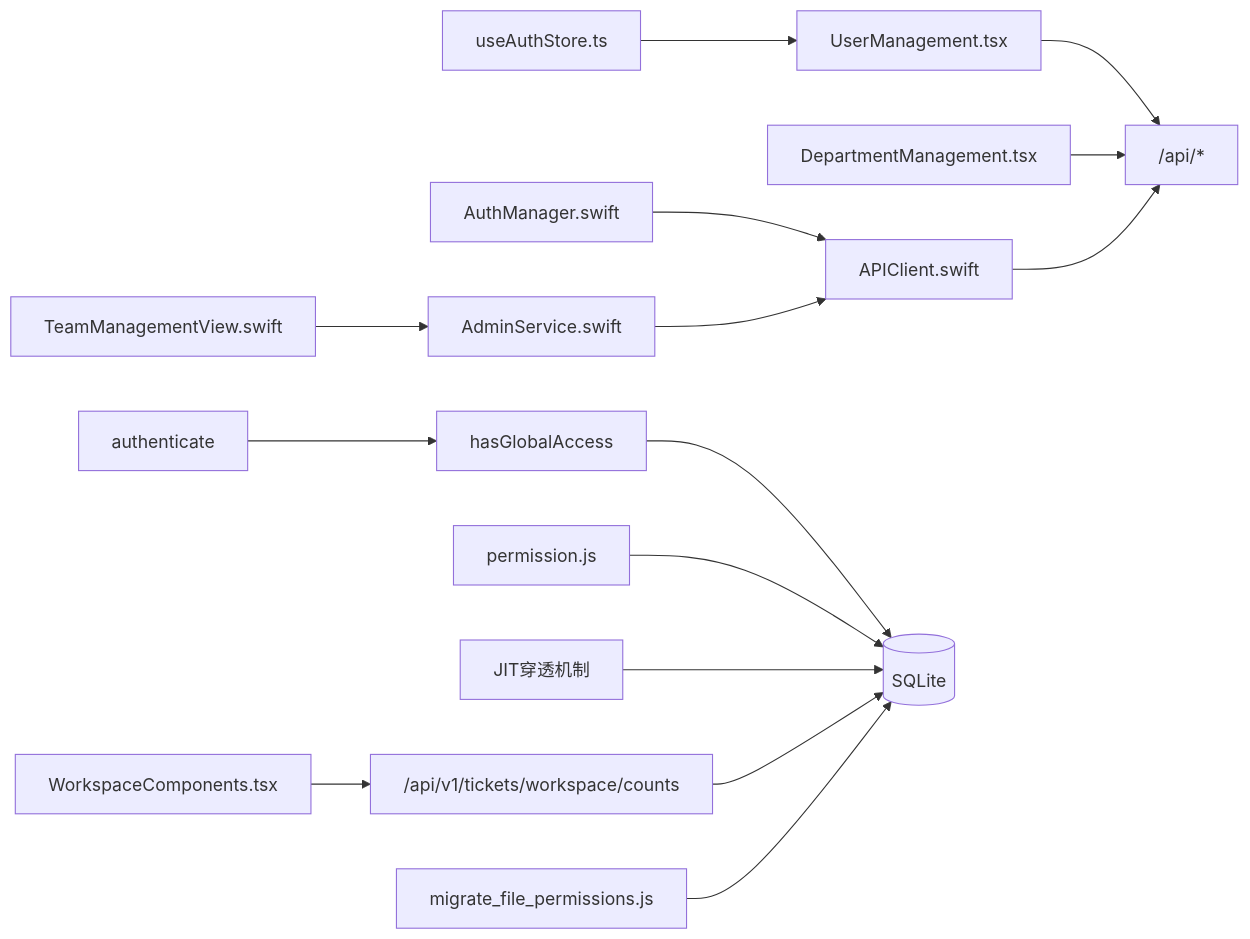
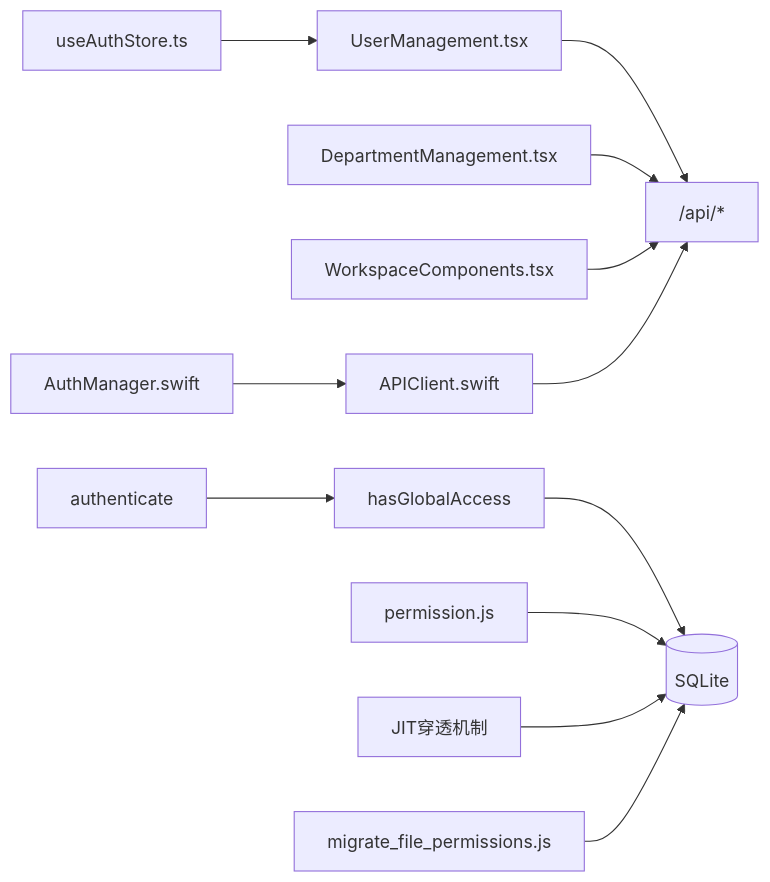
One commit to CubeEdge/Longhorn changed the fifth of 5 diagrams in .qoder/repowiki/zh/content/权限管理系统/权限管理系统.md. Above: the diagram before and after it, drawn with Mermaid. The commit also changed other lines of this file and 53 other files, not shown here.

````diff
--- a/.qoder/repowiki/zh/content/权限管理系统/权限管理系统.md
+++ b/.qoder/repowiki/zh/content/权限管理系统/权限管理系统.md
@@ -566,17 +511,14 @@
 ```mermaid
 graph LR
 WebAuth["useAuthStore.ts"] --> WebUI["UserManagement.tsx"]
 WebUI --> APIs["/api/*"]
 DeptUI["DepartmentManagement.tsx"] --> APIs
-Workspace["WorkspaceComponents.tsx"] --> WorkspaceAPI["/api/v1/tickets/workspace/counts"]
+Workspace["WorkspaceComponents.tsx"] --> APIs
 IOSAuth["AuthManager.swift"] --> APIClient["APIClient.swift"]
 APIClient --> APIs
-AdminSvc["AdminService.swift"] --> APIClient
-TeamView["TeamManagementView.swift"] --> AdminSvc
 AuthMW["authenticate"] --> PermEngine["hasGlobalAccess"]
 PermEngine --> DB[("SQLite")]
 PermMiddleware["permission.js"] --> DB
 JIT["JIT穿透机制"] --> DB
-WorkspaceAPI --> DB
 FilePermMigration["migrate_file_permissions.js"] --> DB
 ```
````
